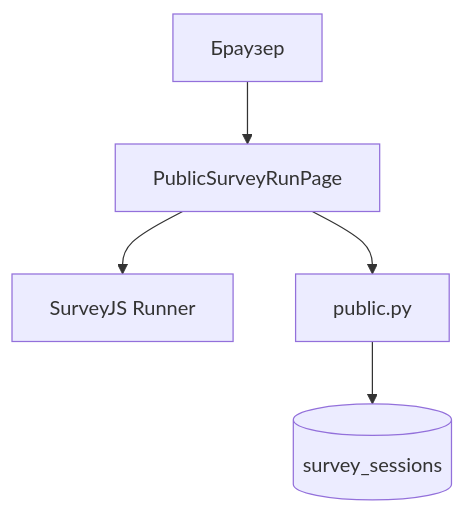
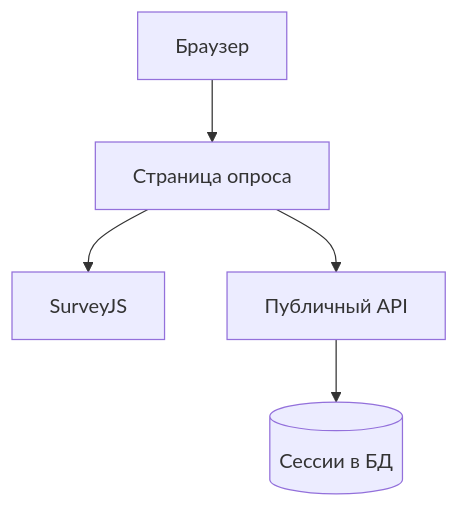
The sixth of 7 diagrams in docs/vkr-zashchita-prezentaciya.md (sanya2905/survey-constructor-service), drawn with Mermaid before and after one commit. The commit also changed other lines of this file, not shown here.

````diff
--- a/docs/vkr-zashchita-prezentaciya.md
+++ b/docs/vkr-zashchita-prezentaciya.md
@@ -186,11 +180,11 @@
 ```mermaid
 flowchart TD
     B[Браузер]
-    P[PublicSurveyRunPage]
-    R[SurveyJS Runner]
-    API[public.py]
-    DB[(survey_sessions)]
+    P[Страница опроса]
+    R[SurveyJS]
+    API[Публичный API]
+    DB[(Сессии в БД)]
 
     B --> P --> R
     P --> API --> DB
 ```
````
